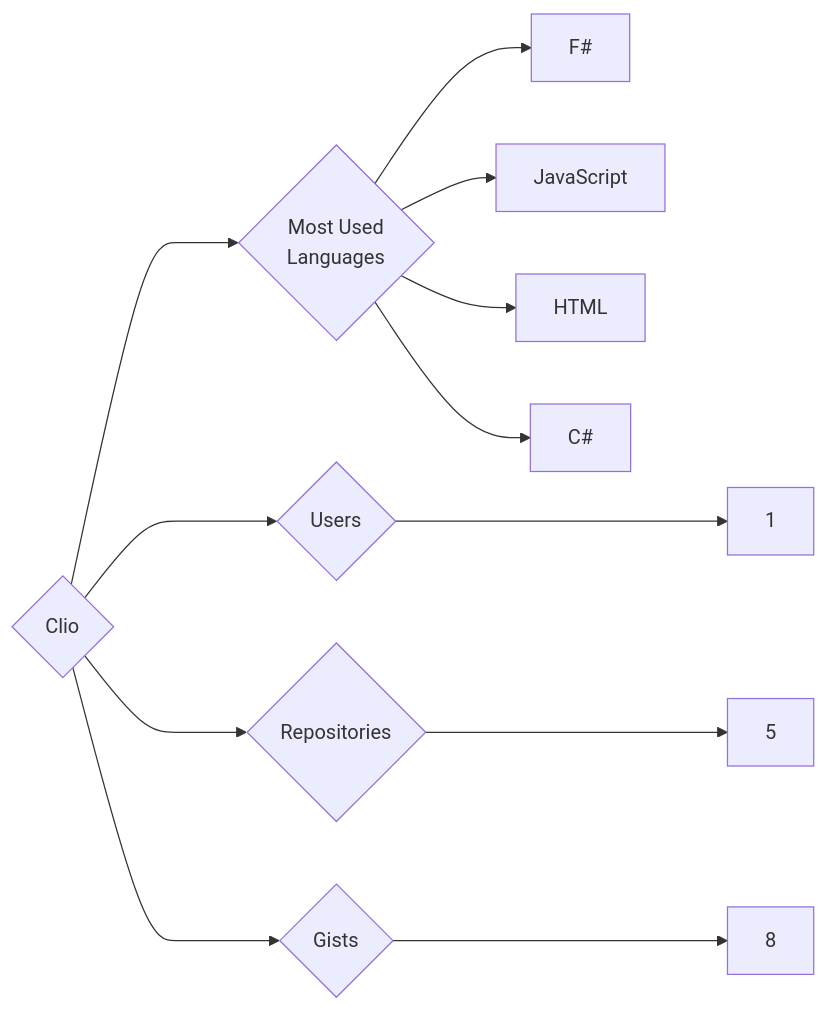
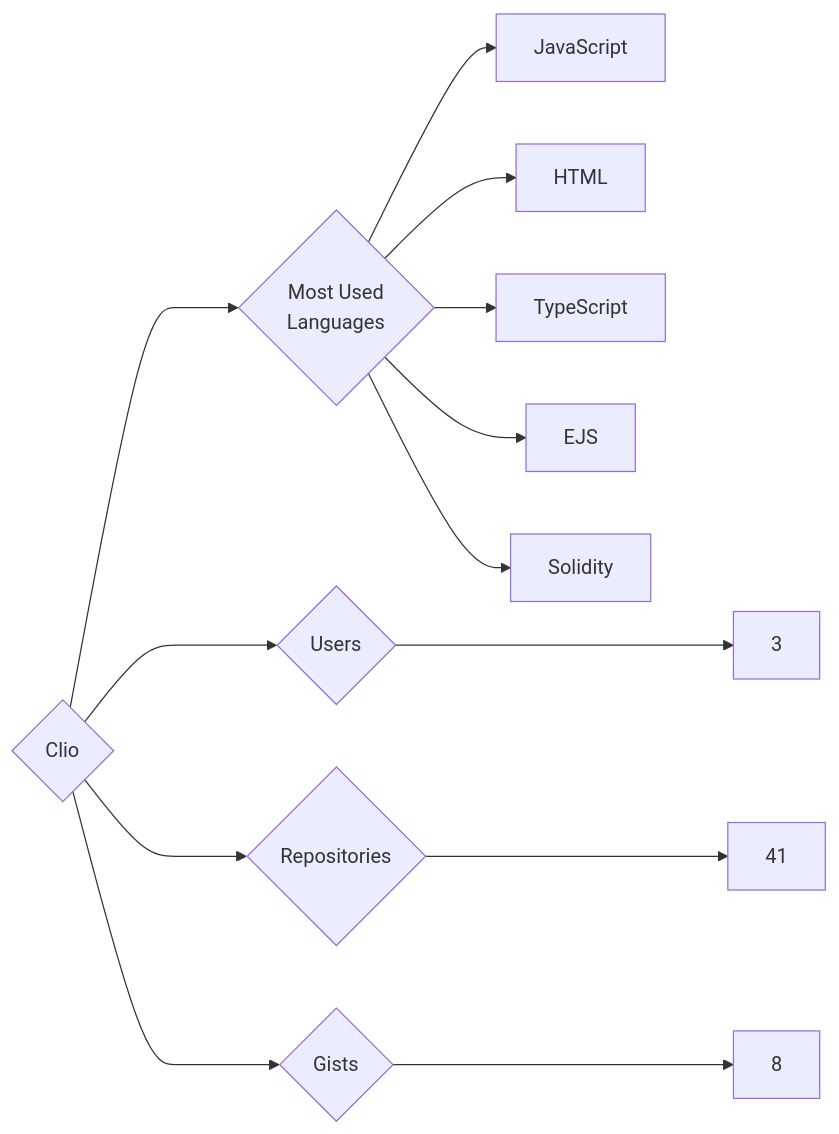
One commit to trickest/insiders changed the diagram in targets/Clio/README.md. Above: the diagram before and after it, drawn with Mermaid. The commit also changed 933 other files, not shown here.

````diff
--- a/targets/Clio/README.md
+++ b/targets/Clio/README.md
@@ -3,12 +3,13 @@
 ```mermaid
 graph LR
 COMPANY_NAME{Clio}
-COMPANY_NAME ---> U{Users} ---> UN[1]
-COMPANY_NAME ---> R{Repositories} ---> RN[5]
+COMPANY_NAME ---> U{Users} ---> UN[3]
+COMPANY_NAME ---> R{Repositories} ---> RN[41]
 COMPANY_NAME ---> G{Gists} ---> GN[8]
 COMPANY_NAME ---> ML{Most Used<br>Languages}
-ML --> F#[F#]
 ML --> JavaScript[JavaScript]
 ML --> HTML[HTML]
-ML --> C#[C#]
+ML --> TypeScript[TypeScript]
+ML --> EJS[EJS]
+ML --> Solidity[Solidity]
 ```
````
